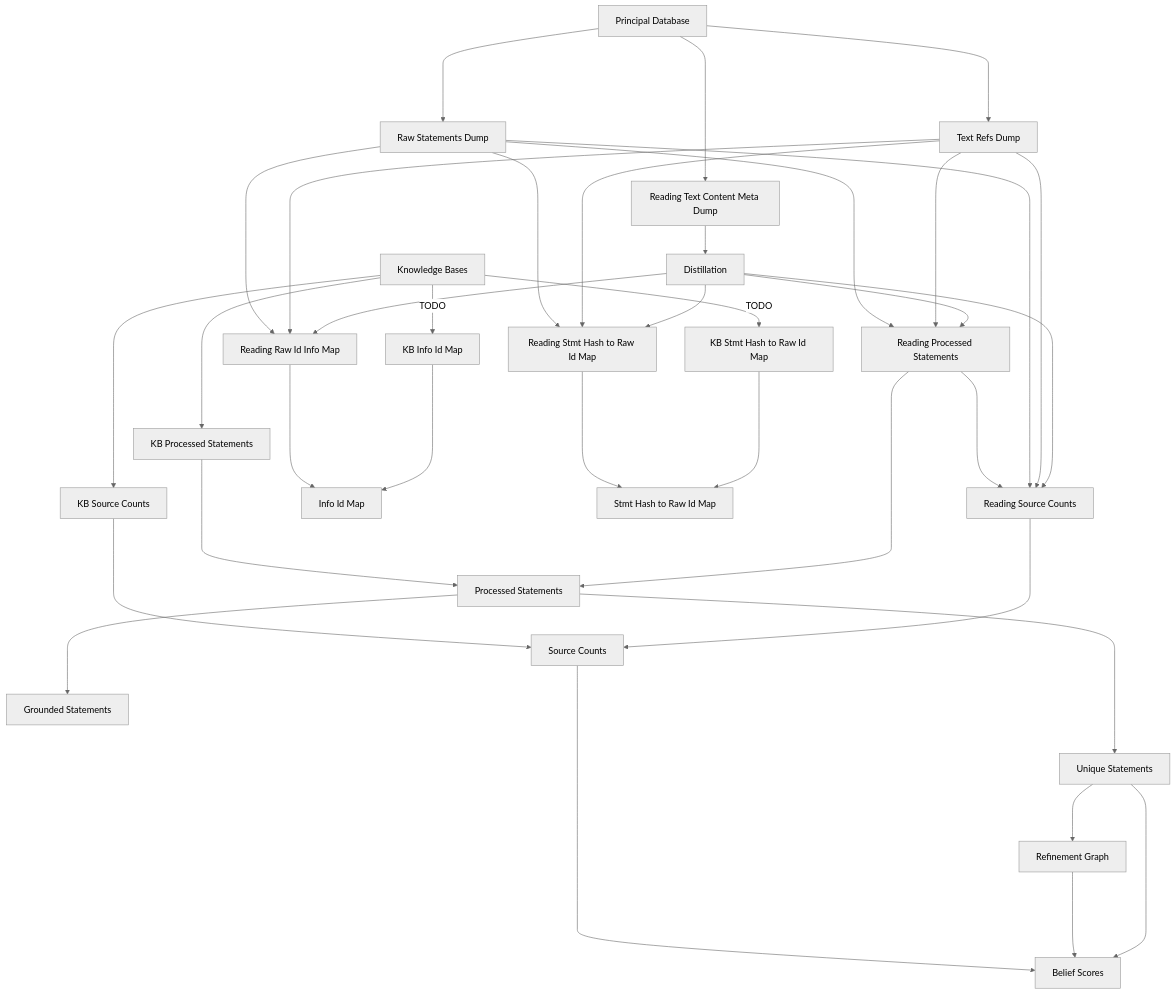
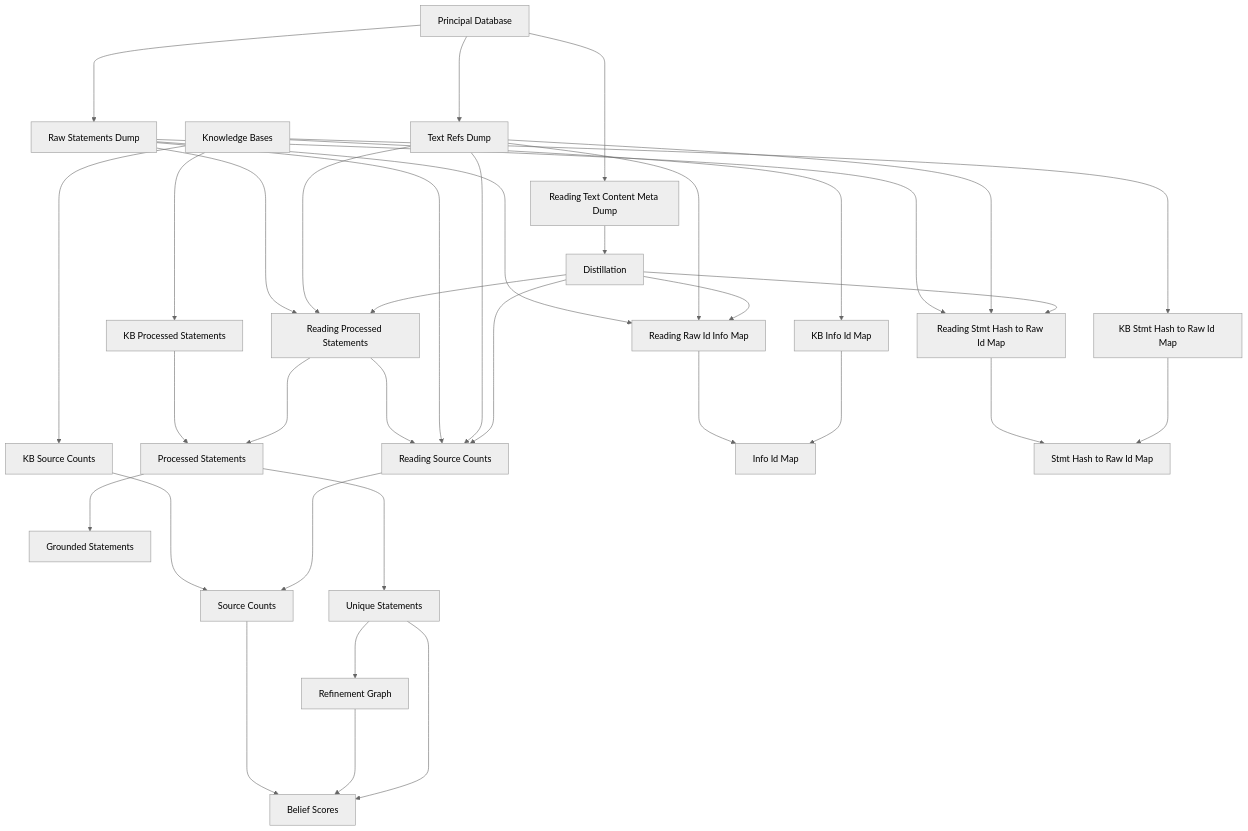
Before and after one commit to gyorilab/indra_db: the diagram in indra_db/readonly_dumping/README.md, drawn with Mermaid (neutral theme). The commit also changed other lines of this file, not shown here.

````diff
--- a/indra_db/readonly_dumping/README.md
+++ b/indra_db/readonly_dumping/README.md
@@ -260,46 +270,46 @@
 ```mermaid
 graph TD;
     A[Source Counts] ----> B[Belief Scores];
     C[Refinement Graph] ----> B;
     D[Unique Statements] ----> B;
     D ---> C;
     E[Processed Statements] ----> D;
     E ---> F[Grounded Statements];
     G[KB Source Counts] ----> A;
     I[Reading Source Counts] ----> A;
     J[KB Processed Statements] ----> E;
     L[Reading Processed Statements] ----> I;
     L ----> E;
 %% Raw statements and Text Refs produce
 %% - processed statements
 %% - raw id info map
 %% - stmt hash to raw id map
 %% - reading source counts
     M[Raw Statements Dump] ----> I;
     M ----> L;
     M ----> N[Reading Raw Id Info Map];
     N ----> X;
     M ----> O[Reading Stmt Hash to Raw Id Map];
     O ----> Y;
     P[Text Refs Dump] ----> I;
     P ----> L;
     P ----> N;
     P ----> O;
     Q[Reading Text Content Meta Dump] --> R[Distillation];
     R --> I;
     R --> L;
     R --> N;
     R --> O;
 %% The Dumps are from the principal database
     S[Principal Database] ----> M;
     S ----> P;
     S ----> Q;
 %% The KB Processes Statements and KB Source Counts are from the KBs
     T[Knowledge Bases] ----> J;
     T ----> G;
-    T --TODO--> U[KB Info Id Map];
-    T --TODO--> V[KB Stmt Hash to Raw Id Map];
+    T ----> U[KB Info Id Map];
+    T ----> V[KB Stmt Hash to Raw Id Map];
 %% Merge the Info Id Maps and the Stmt Hash to Raw Id Maps
     U ----> X[Info Id Map];
     V ----> Y[Stmt Hash to Raw Id Map];
 ```
````
